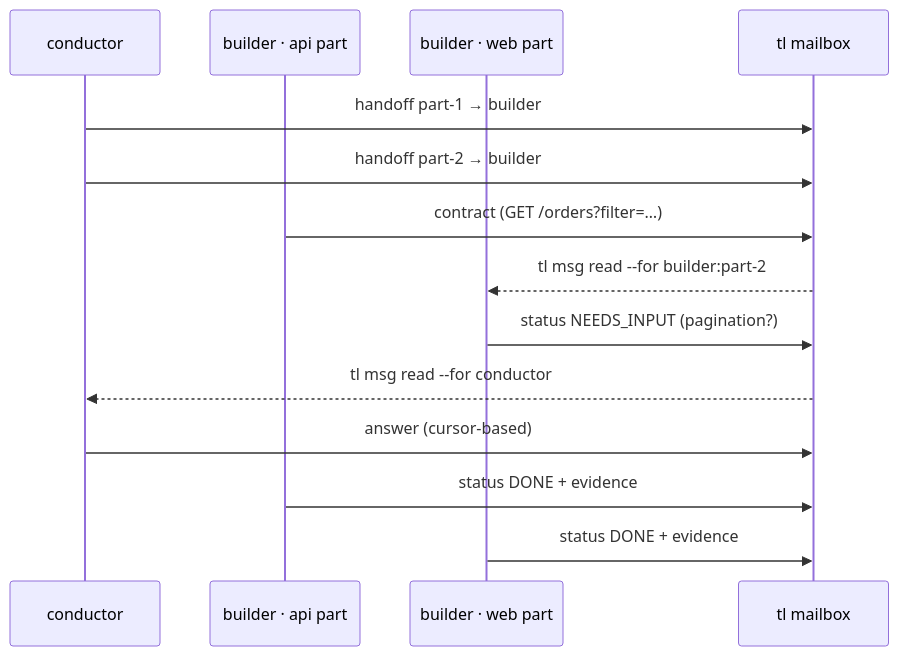
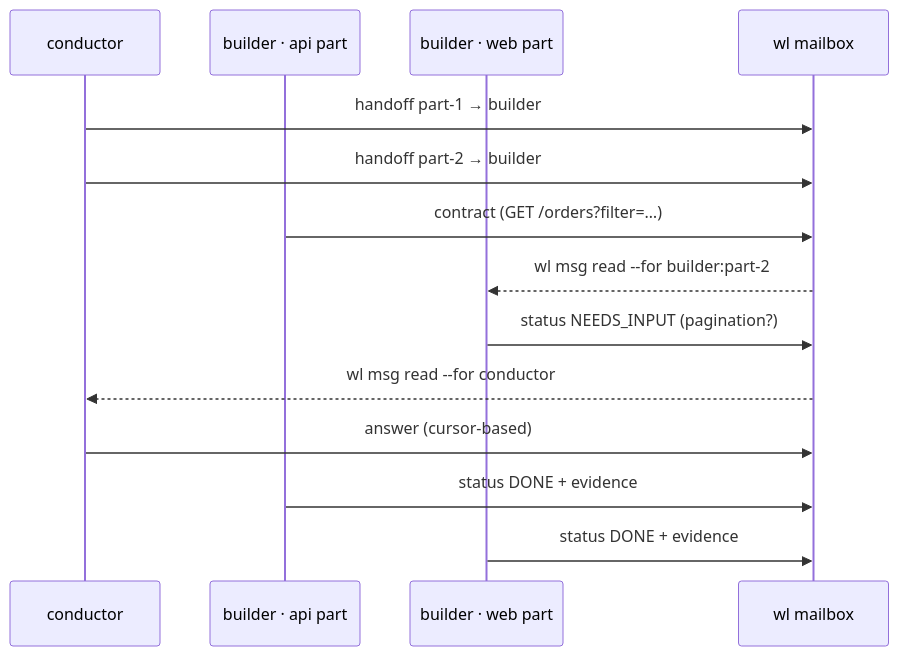
Before and after one commit to dreamingechoes/wholeloop: the diagram in docs/architecture/state-and-messaging.md, drawn with Mermaid. The commit also changed other lines of this file and 61 other files, not shown here.

````diff
--- a/docs/architecture/state-and-messaging.md
+++ b/docs/architecture/state-and-messaging.md
@@ -73,16 +73,16 @@
 ```mermaid
 sequenceDiagram
   participant C as conductor
   participant B1 as builder · api part
   participant B2 as builder · web part
-  participant M as tl mailbox
+  participant M as wl mailbox
   C->>M: handoff part-1 → builder
   C->>M: handoff part-2 → builder
   B1->>M: contract (GET /orders?filter=…)
-  M-->>B2: tl msg read --for builder:part-2
+  M-->>B2: wl msg read --for builder:part-2
   B2->>M: status NEEDS_INPUT (pagination?)
-  M-->>C: tl msg read --for conductor
+  M-->>C: wl msg read --for conductor
   C->>M: answer (cursor-based)
   B1->>M: status DONE + evidence
   B2->>M: status DONE + evidence
 ```
````
